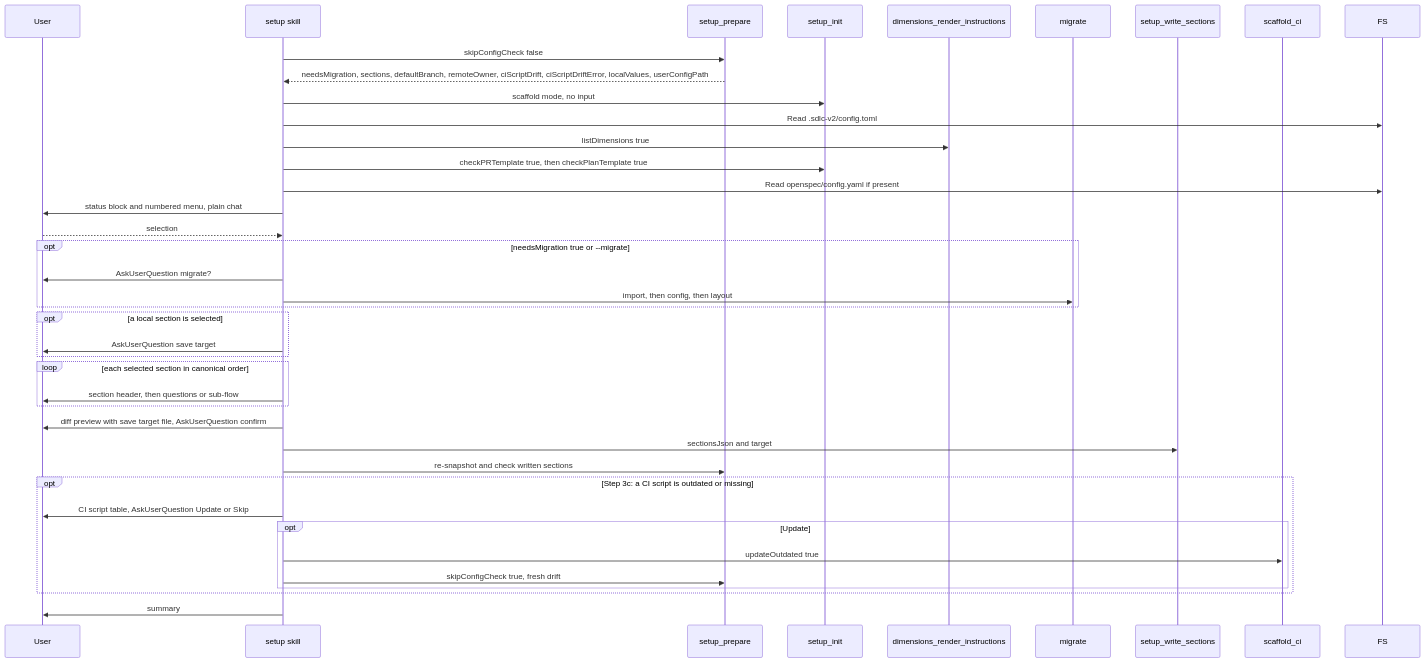
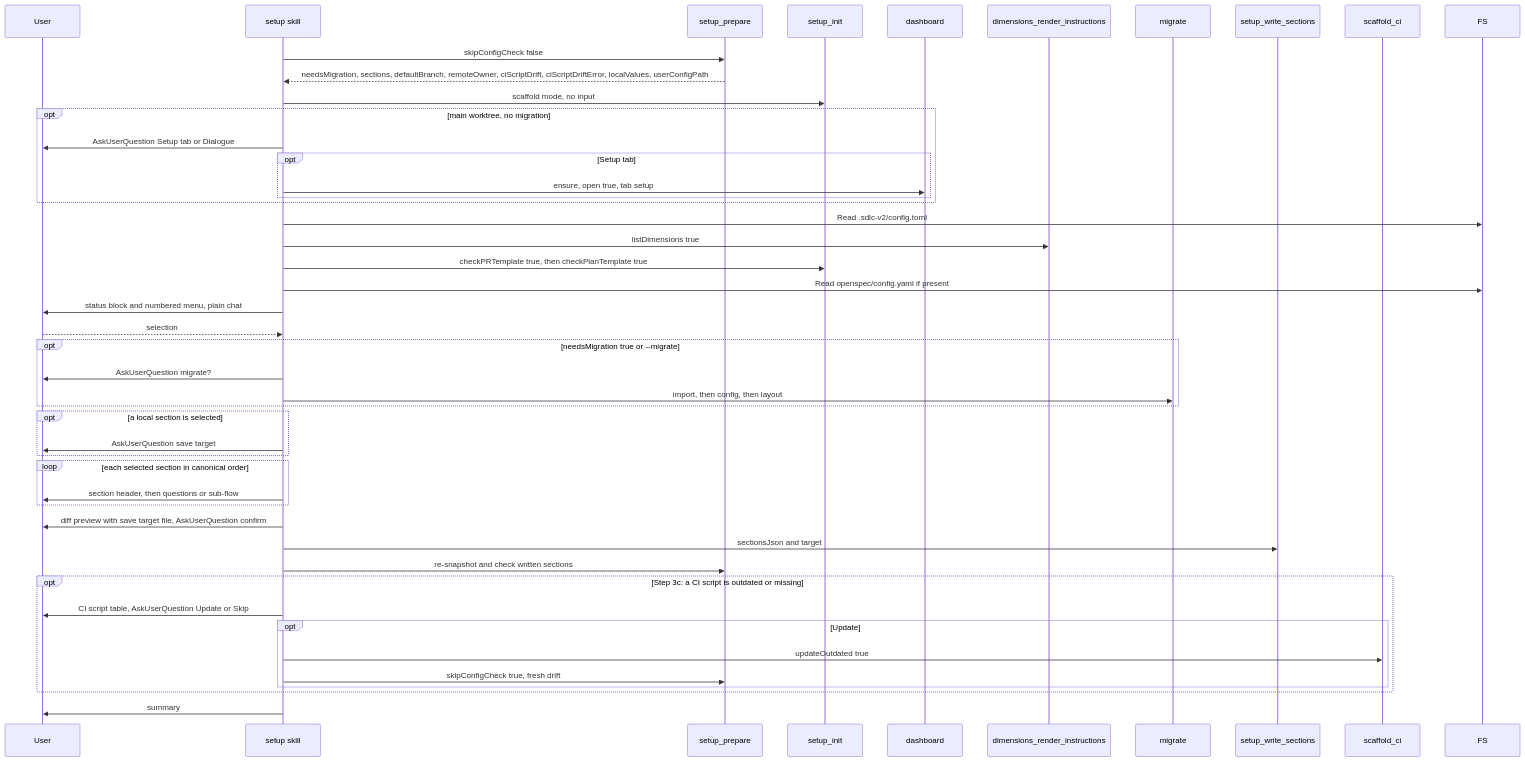
Before and after one commit to rnagrodzki/sdlc-plugin: the first of 3 diagrams in openspec/specs/skill-setup/spec.md, drawn with Mermaid. The commit also changed other lines of this file and 44 other files, not shown here.

First line of the commit message:
feat(dashboard): add Setup tab file filter and guardrail editing (#122)

````diff
--- a/openspec/specs/skill-setup/spec.md
+++ b/openspec/specs/skill-setup/spec.md
@@ -23,42 +23,49 @@
 ```mermaid
 sequenceDiagram
     participant User
     participant Skill as setup skill
     participant P as setup_prepare
     participant I as setup_init
+    participant B as dashboard
     participant D as dimensions_render_instructions
     participant M as migrate
     participant W as setup_write_sections
     participant S as scaffold_ci
     participant FS
     Skill->>P: skipConfigCheck false
     P-->>Skill: needsMigration, sections, defaultBranch, remoteOwner, ciScriptDrift, ciScriptDriftError, localValues, userConfigPath
     Skill->>I: scaffold mode, no input
+    opt main worktree, no migration
+        Skill->>User: AskUserQuestion Setup tab or Dialogue
+        opt Setup tab
+            Skill->>B: ensure, open true, tab setup
+        end
+    end
     Skill->>FS: Read .sdlc-v2/config.toml
     Skill->>D: listDimensions true
     Skill->>I: checkPRTemplate true, then checkPlanTemplate true
     Skill->>FS: Read openspec/config.yaml if present
     Skill->>User: status block and numbered menu, plain chat
     User-->>Skill: selection
     opt needsMigration true or --migrate
         Skill->>User: AskUserQuestion migrate?
         Skill->>M: import, then config, then layout
     end
     opt a local section is selected
         Skill->>User: AskUserQuestion save target
     end
     loop each selected section in canonical order
         Skill->>User: section header, then questions or sub-flow
     end
     Skill->>User: diff preview with save target file, AskUserQuestion confirm
     Skill->>W: sectionsJson and target
     Skill->>P: re-snapshot and check written sections
     opt Step 3c: a CI script is outdated or missing
         Skill->>User: CI script table, AskUserQuestion Update or Skip
         opt Update
             Skill->>S: updateOutdated true
             Skill->>P: skipConfigCheck true, fresh drift
         end
     end
     Skill->>User: summary
 ```
````
